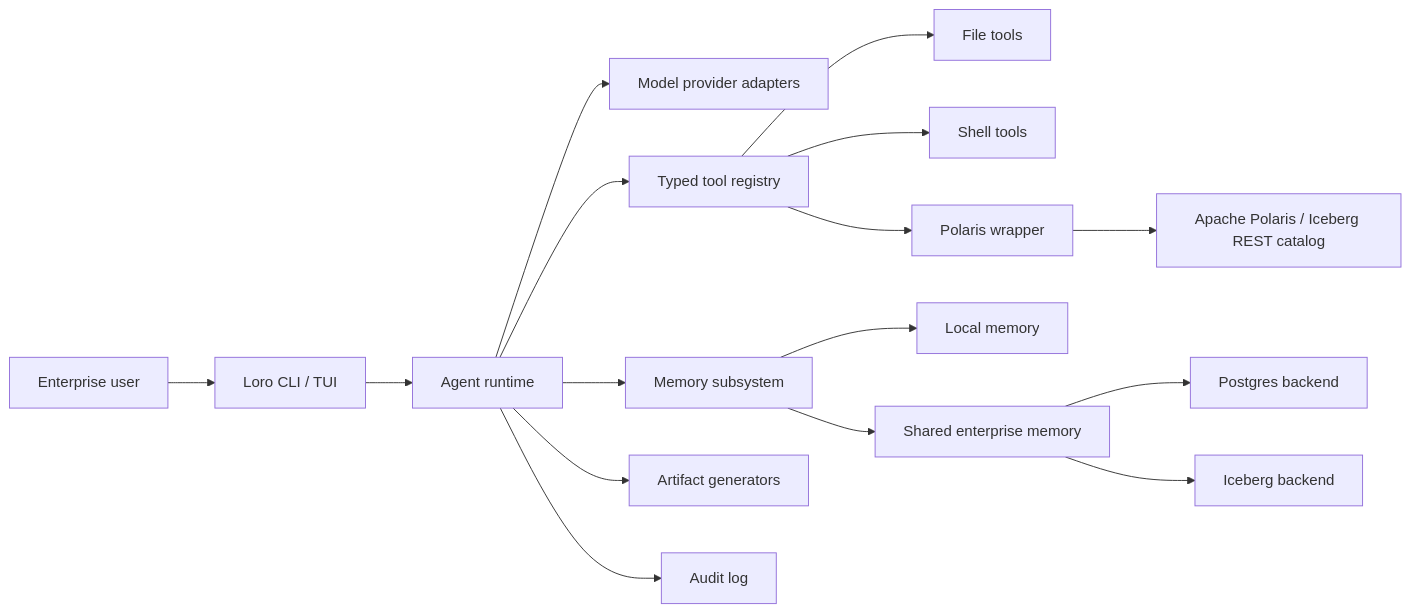
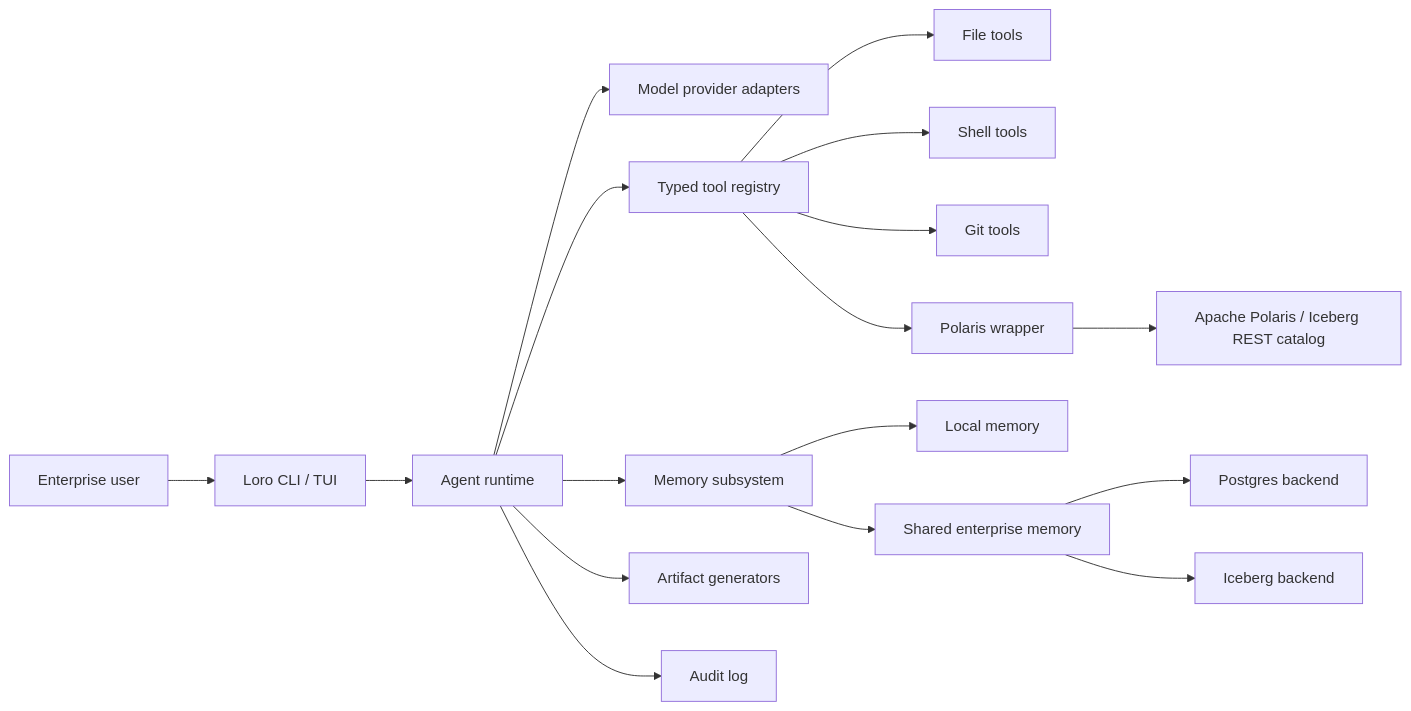
One commit to alexmerced-oss/loro changed the diagram in ARCHITECTURE.md. Above: the diagram before and after it, drawn with Mermaid. The commit also changed other lines of this file and 7 other files, not shown here.

````diff
--- a/ARCHITECTURE.md
+++ b/ARCHITECTURE.md
@@ -7,18 +7,19 @@
 ```mermaid
 flowchart LR
   User["Enterprise user"] --> CLI["Loro CLI / TUI"]
   CLI --> Runtime["Agent runtime"]
   Runtime --> Models["Model provider adapters"]
   Runtime --> Tools["Typed tool registry"]
   Runtime --> Memory["Memory subsystem"]
   Runtime --> Artifacts["Artifact generators"]
   Runtime --> Audit["Audit log"]
   Tools --> Files["File tools"]
   Tools --> Shell["Shell tools"]
+  Tools --> Git["Git tools"]
   Tools --> Polaris["Polaris wrapper"]
   Memory --> Local["Local memory"]
   Memory --> Shared["Shared enterprise memory"]
   Shared --> Postgres["Postgres backend"]
   Shared --> Iceberg["Iceberg backend"]
   Polaris --> Catalog["Apache Polaris / Iceberg REST catalog"]
 ```
````
